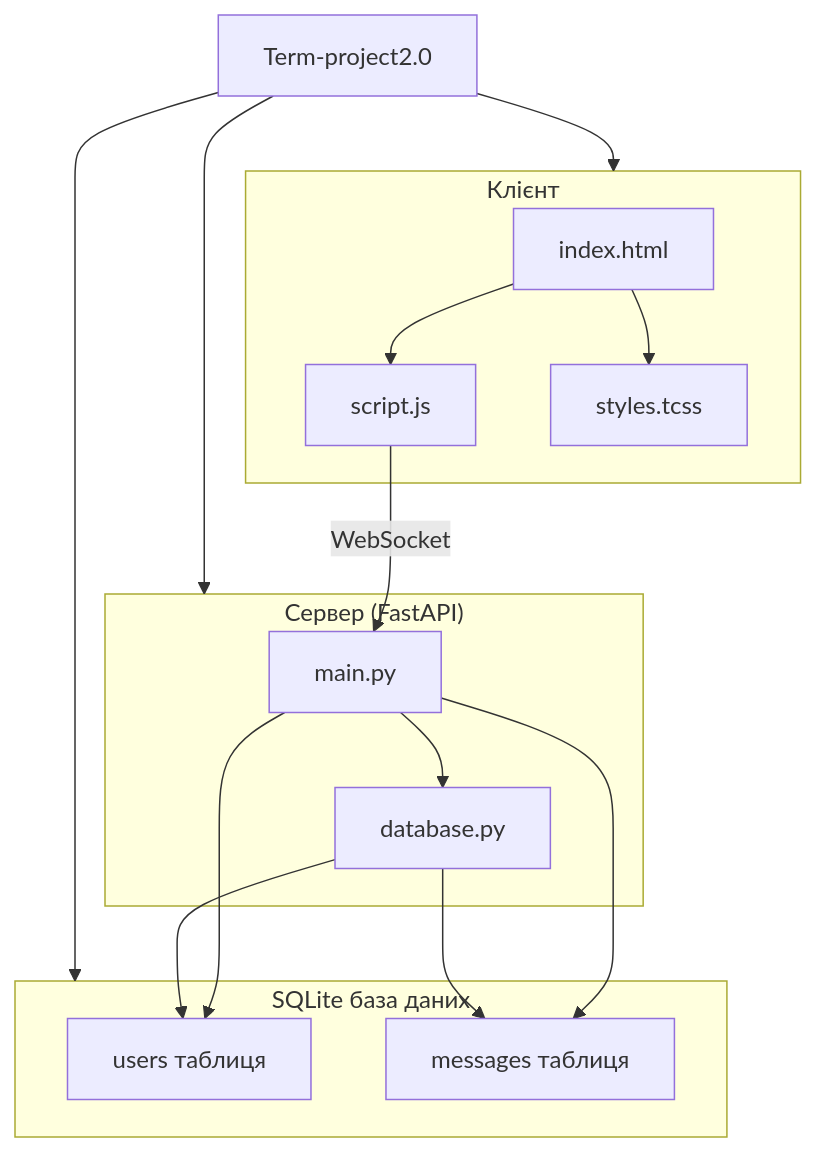
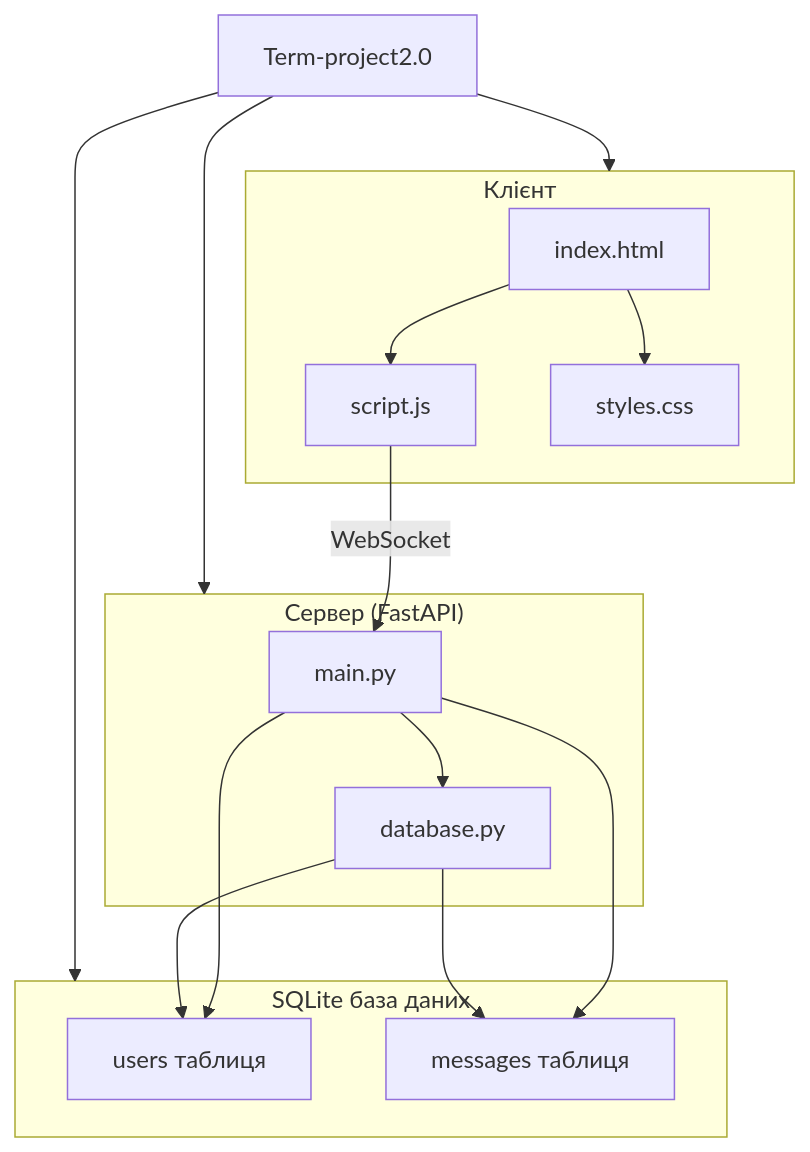
The diagram in README.md (olehkosenko47/Term-project2.0), drawn with Mermaid before and after one commit. The commit also changed other lines of this file, not shown here.

Commit message:
поправки шефа

````diff
--- a/README.md
+++ b/README.md
@@ -53,37 +53,37 @@
 ```mermaid
 flowchart TD
     A[Term-project2.0]
 
     subgraph Client["Клієнт"]
         IH[index.html]
         SJ[script.js]
-        ST[styles.tcss]
+        ST[styles.css]
     end
 
     subgraph Server["Сервер (FastAPI)"]
         MPY[main.py]
         DBPY[database.py]
     end
 
     subgraph Database["SQLite база даних"]
         DB_users[users таблиця]
         DB_messages[messages таблиця]
     end
 
     %% Зв’язки
     A --> Client
     A --> Server
     A --> Database
 
     IH --> SJ
     IH --> ST
 
     MPY --> DBPY
     MPY --> DB_users
     MPY --> DB_messages
 
     DBPY --> DB_users
     DBPY --> DB_messages
 
     SJ -- WebSocket --> MPY
 ```
````
